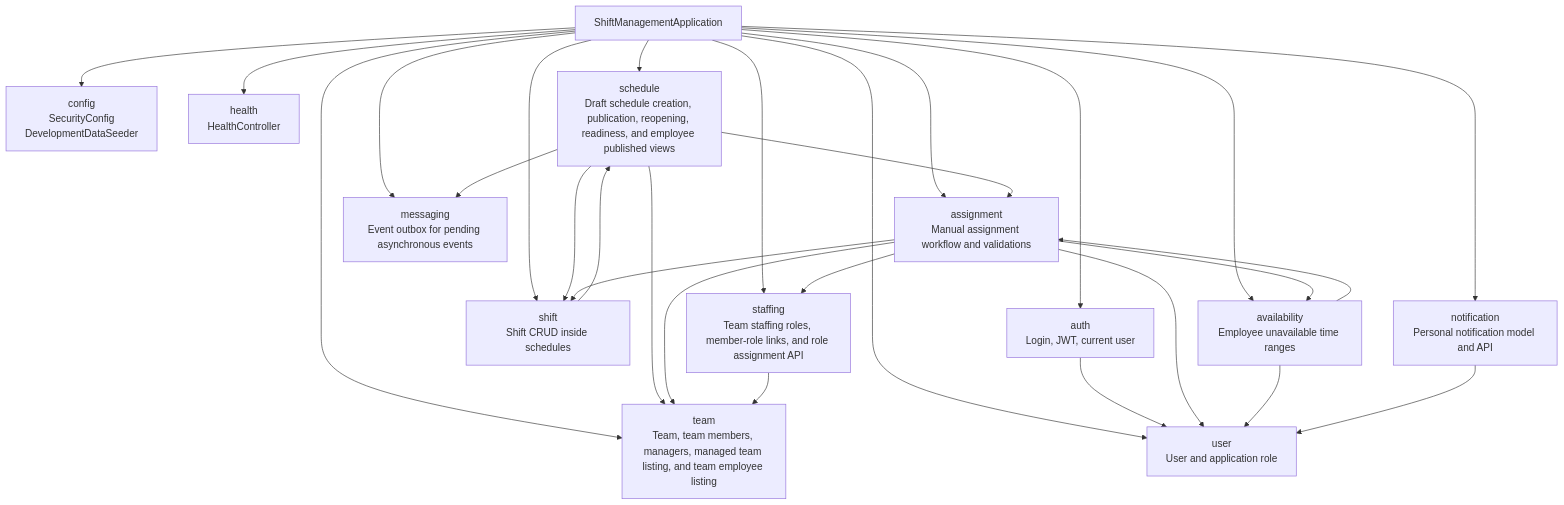
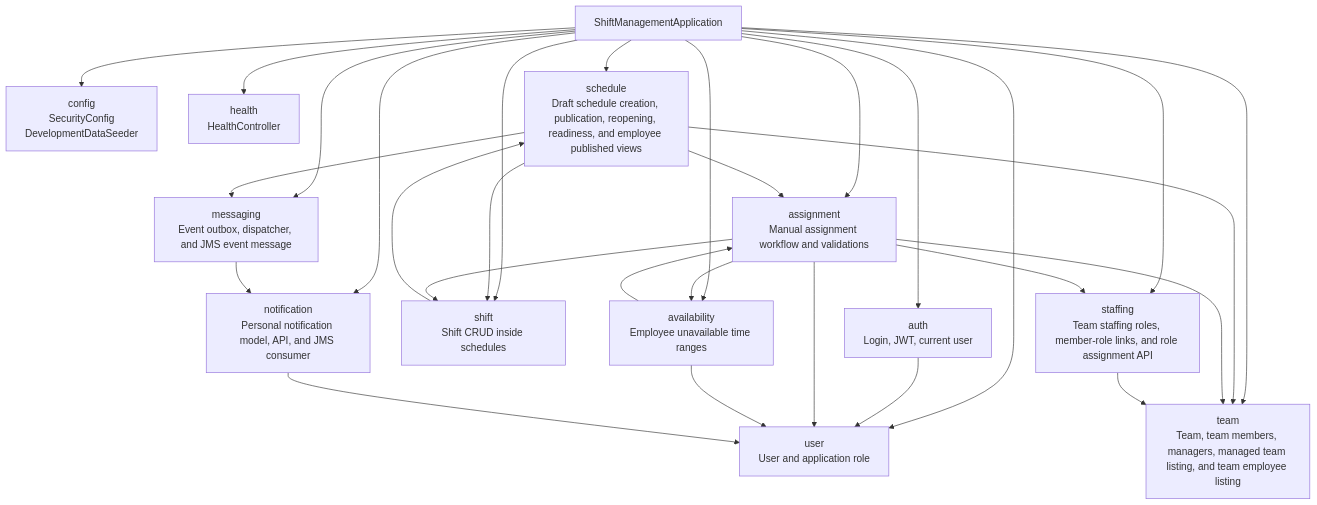
The second of 16 diagrams in docs/current-backend-architecture.md (HiliMor/shift-management-system), drawn with Mermaid before and after one commit. The commit also changed other lines of this file and 15 other files, not shown here.

Commit message:
Notifications: add JMS delivery flow

````diff
--- a/docs/current-backend-architecture.md
+++ b/docs/current-backend-architecture.md
@@ -60,46 +67,47 @@
 ```mermaid
 flowchart TD
     app["ShiftManagementApplication"]
 
     config["config<br/>SecurityConfig<br/>DevelopmentDataSeeder"]
     health["health<br/>HealthController"]
     auth["auth<br/>Login, JWT, current user"]
     user["user<br/>User and application role"]
     team["team<br/>Team, team members, managers, managed team listing, and team employee listing"]
     schedule["schedule<br/>Draft schedule creation, publication, reopening, readiness, and employee published views"]
     shift["shift<br/>Shift CRUD inside schedules"]
     assignment["assignment<br/>Manual assignment workflow and validations"]
     availability["availability<br/>Employee unavailable time ranges"]
     staffing["staffing<br/>Team staffing roles, member-role links, and role assignment API"]
-    messaging["messaging<br/>Event outbox for pending asynchronous events"]
-    notification["notification<br/>Personal notification model and API"]
+    messaging["messaging<br/>Event outbox, dispatcher, and JMS event message"]
+    notification["notification<br/>Personal notification model, API, and JMS consumer"]
 
     app --> config
     app --> health
     app --> auth
     app --> user
     app --> team
     app --> schedule
     app --> shift
     app --> assignment
     app --> availability
     app --> staffing
     app --> messaging
     app --> notification
 
     auth --> user
     schedule --> team
     schedule --> shift
     schedule --> assignment
     schedule --> messaging
+    messaging --> notification
     shift --> schedule
     assignment --> shift
     assignment --> team
     assignment --> user
     assignment --> availability
     assignment --> staffing
     availability --> user
     availability --> assignment
     staffing --> team
     notification --> user
 ```
````
